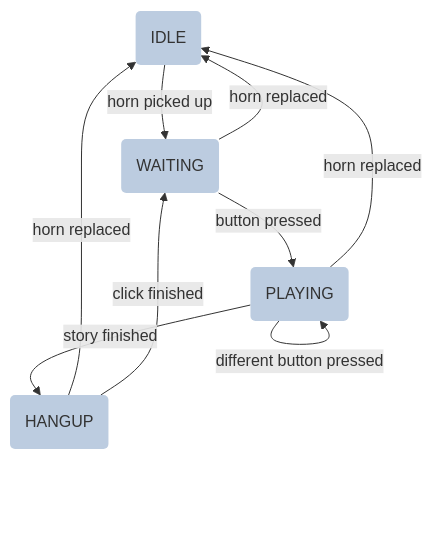
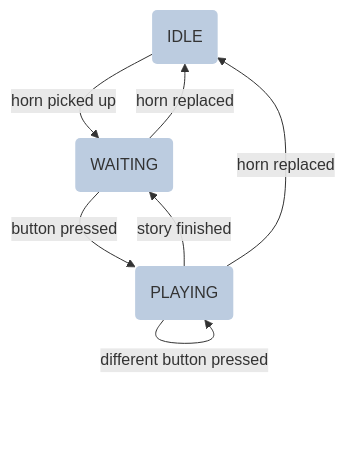
The diagram in README.md (basbaccarne/wonder26), drawn with Mermaid before and after one commit. The commit also changed other lines of this file and 16 other files, not shown here.

````diff
--- a/README.md
+++ b/README.md
@@ -26,18 +27,15 @@
 ```mermaid
 flowchart TB
     classDef st fill:#BCCCE0,stroke-width:0
 
     IDLE(IDLE):::st
     WAITING(WAITING):::st
     PLAYING(PLAYING):::st
-    HANGUP(HANGUP):::st
 
     IDLE -->|horn picked up| WAITING
     WAITING -->|horn replaced| IDLE
     WAITING -->|button pressed| PLAYING
     PLAYING -->|horn replaced| IDLE
     PLAYING -->|different button pressed| PLAYING
-    PLAYING -->|story finished| HANGUP
-    HANGUP -->|horn replaced| IDLE
-    HANGUP -->|click finished| WAITING
+    PLAYING -->|story finished| WAITING
 ```
````
